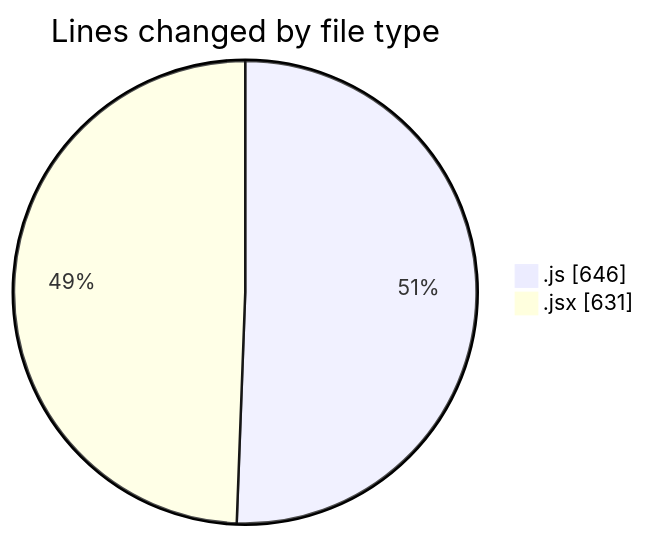
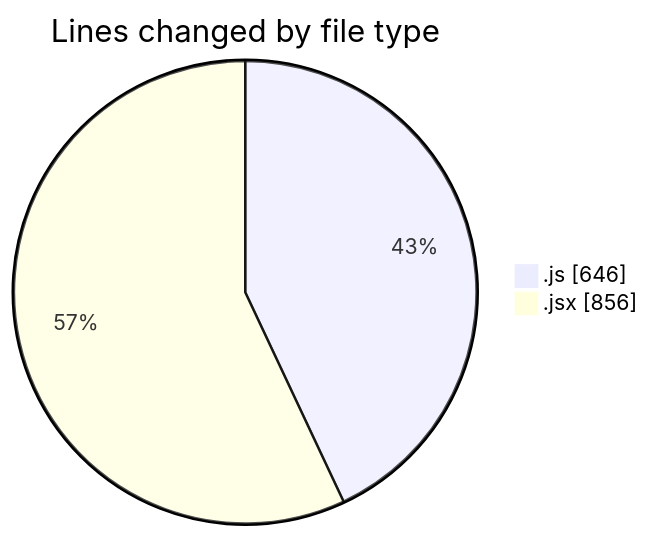
The first of 2 diagrams in 2025-04-08/nxtqube_webapp/README.md (nxtqubesakshisongat/code-tracking), drawn with Mermaid before and after one commit. The commit also changed other lines of this file and 1 other file, not shown here.

````diff
--- a/2025-04-08/nxtqube_webapp/README.md
+++ b/2025-04-08/nxtqube_webapp/README.md
@@ -23,6 +23,6 @@
 ```mermaid
 pie showData
 title Lines changed by file type
 ".js" : 646
-".jsx" : 631
+".jsx" : 856
 ```
````
